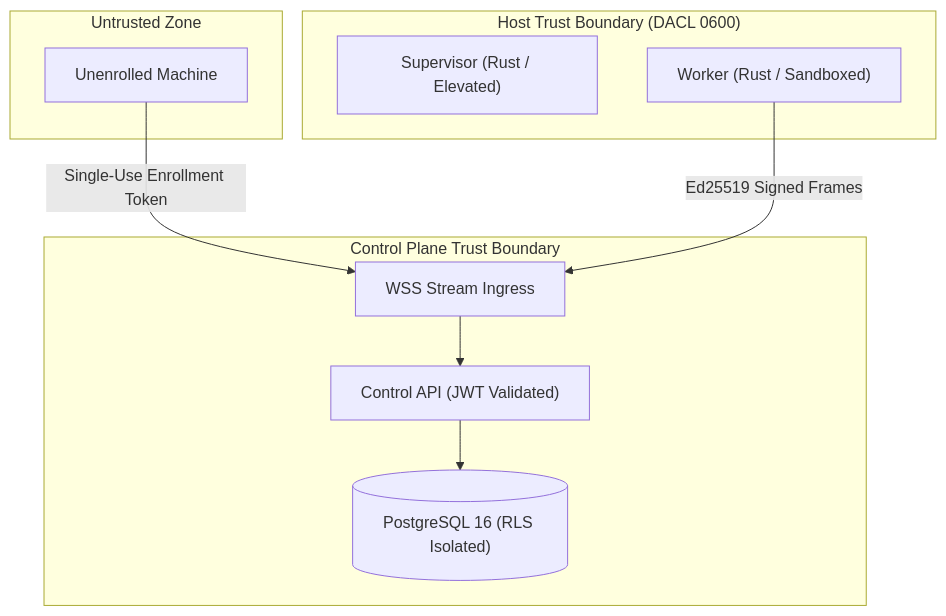
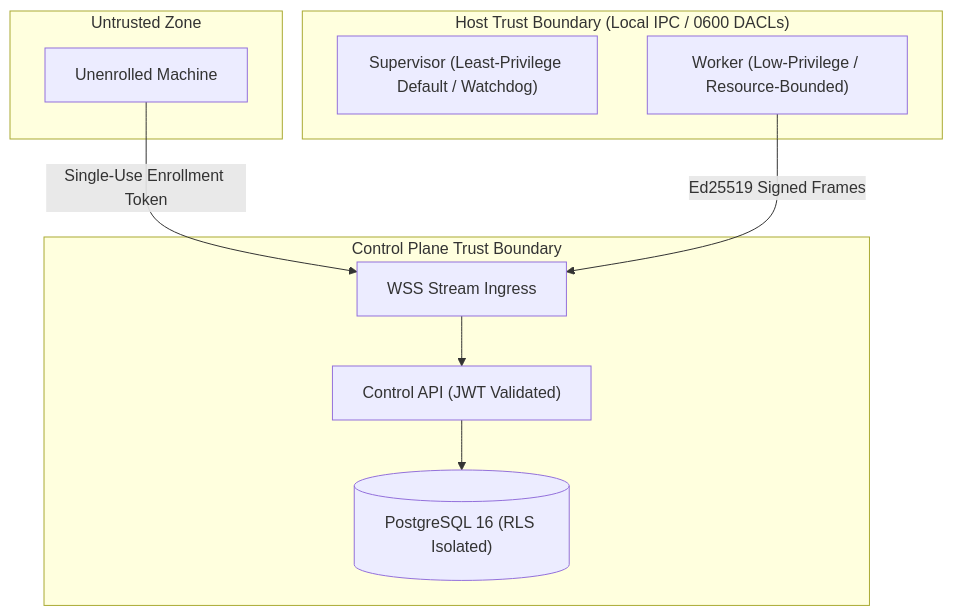
Before and after one commit to Subhadip-Paul2006/NETRA-Backend: diagram 13 of 13 in docs/ARCHITECTURE.md, drawn with Mermaid. The commit also changed other lines of this file and 41 other files, not shown here.

First line of the commit message:
feat(phase2.3): implement privilege separation, process isolation, and local IPC foundation

````diff
--- a/docs/ARCHITECTURE.md
+++ b/docs/ARCHITECTURE.md
@@ -366,22 +390,22 @@
 ```mermaid
 flowchart TD
     subgraph Unauthenticated["Untrusted Zone"]
         UnenrolledHost["Unenrolled Machine"]
     end
 
-    subgraph HostDACL["Host Trust Boundary (DACL 0600)"]
-        Supervisor["Supervisor (Rust / Elevated)"]
-        Worker["Worker (Rust / Sandboxed)"]
+    subgraph HostDACL["Host Trust Boundary (Local IPC / 0600 DACLs)"]
+        Supervisor["Supervisor (Least-Privilege Default / Watchdog)"]
+        Worker["Worker (Low-Privilege / Resource-Bounded)"]
     end
 
     subgraph CloudBoundary["Control Plane Trust Boundary"]
         WSS["WSS Stream Ingress"]
         API["Control API (JWT Validated)"]
         DB[("PostgreSQL 16 (RLS Isolated)")]
     end
 
     UnenrolledHost -->|Single-Use Enrollment Token| WSS
     Worker -->|Ed25519 Signed Frames| WSS
     WSS --> API
     API --> DB
 ```
````
